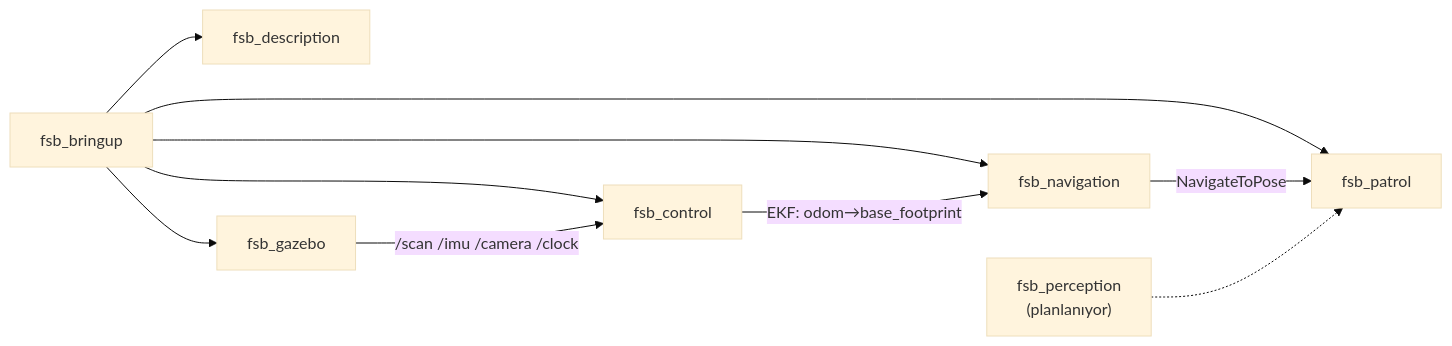
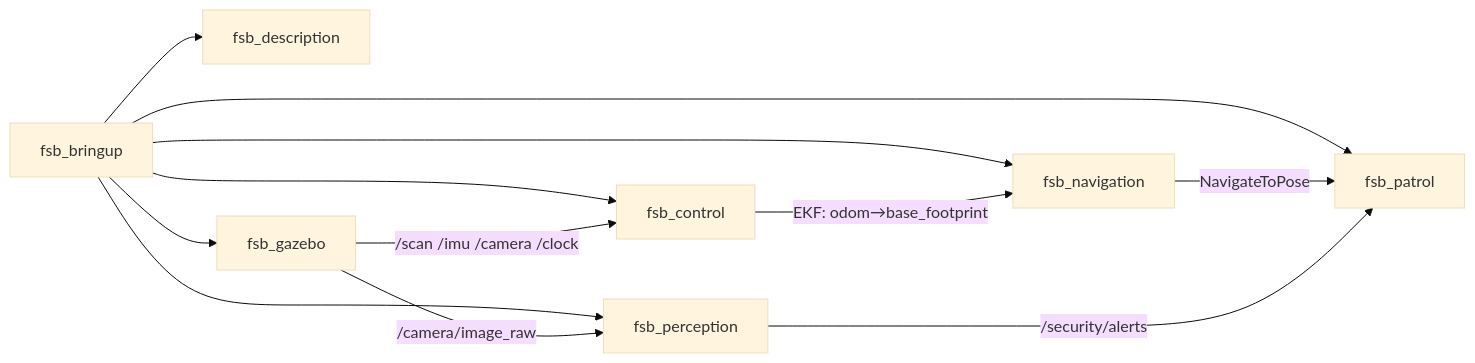
The first of 2 diagrams in README.md (sinann-emree/factory_security_bot_ws), drawn with Mermaid (base theme) before and after one commit. The commit also changed other lines of this file and 21 other files, not shown here.

````diff
--- a/README.md
+++ b/README.md
@@ -116,12 +131,14 @@
 ```mermaid
 flowchart LR
     bringup[fsb_bringup] --> desc[fsb_description]
     bringup --> gz[fsb_gazebo]
     bringup --> ctrl[fsb_control]
     bringup --> nav[fsb_navigation]
     bringup --> patrol[fsb_patrol]
     gz -- "/scan /imu /camera /clock" --> ctrl
     ctrl -- "EKF: odom→base_footprint" --> nav
     nav -- "NavigateToPose" --> patrol
-    perc["fsb_perception<br/>(planlanıyor)"] -.-> patrol
+    bringup --> perc[fsb_perception]
+    gz -- "/camera/image_raw" --> perc
+    perc -- "/security/alerts" --> patrol
 ```
````
